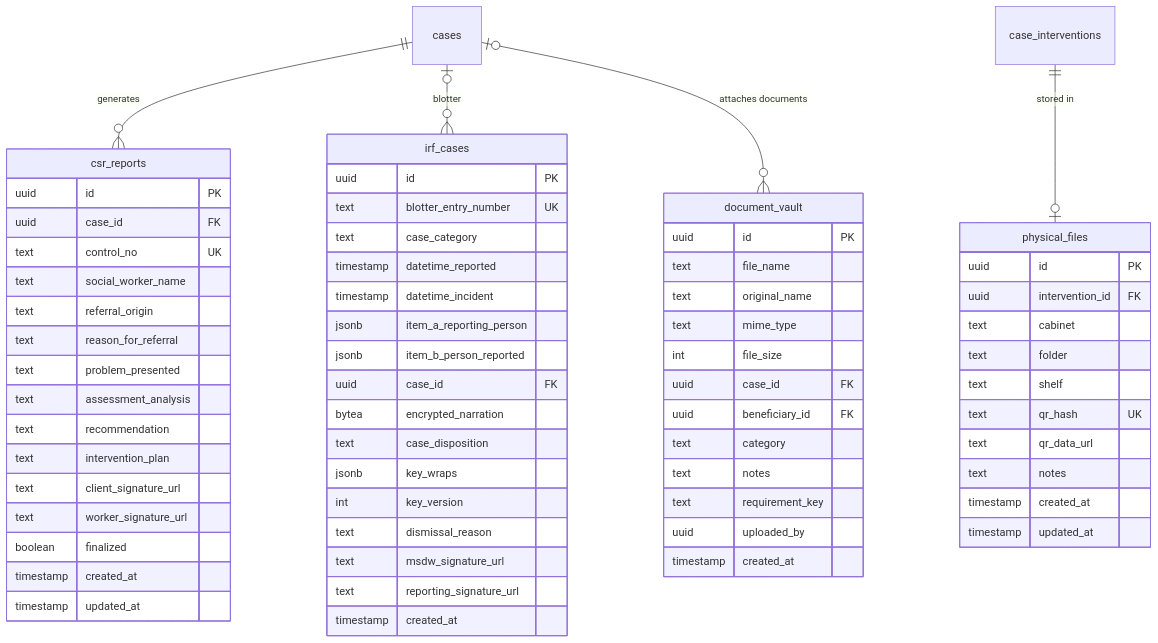
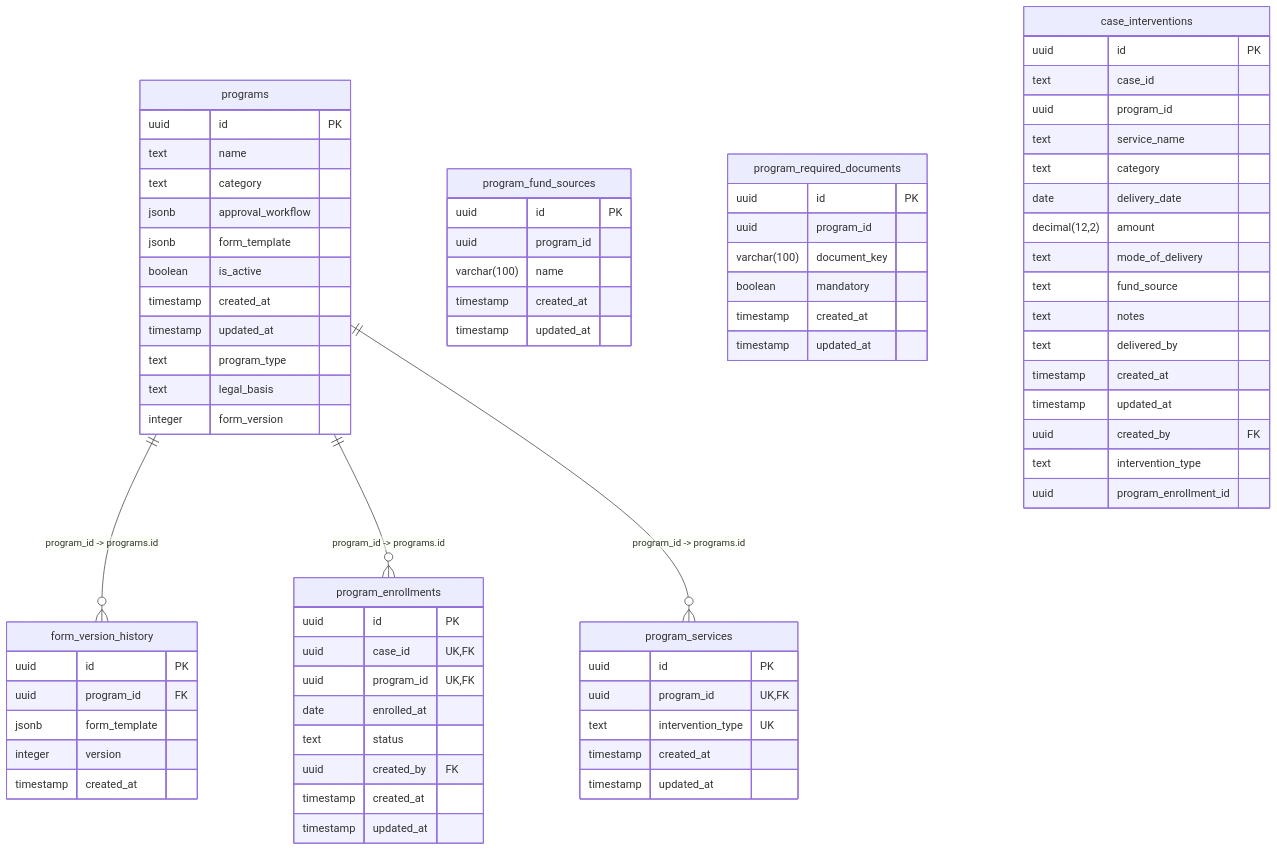
One commit to urlsalimbot/THESIS1-KAPWA changed the fourth of 10 diagrams in docs/diagrams/06-erd.md. Above: the diagram before and after it, drawn with Mermaid. The commit also changed other lines of this file, not shown here.

First line of the commit message:
docs(erd): physical data model in Oracle Data Modeler notation

````diff
--- a/docs/diagrams/06-erd.md
+++ b/docs/diagrams/06-erd.md
@@ -199,68 +964,83 @@
 ```mermaid
 erDiagram
-    csr_reports {
+    "programs" {
         uuid id PK
-        uuid case_id FK
-        text control_no UK
-        text social_worker_name
-        text referral_origin
-        text reason_for_referral
-        text problem_presented
-        text assessment_analysis
-        text recommendation
-        text intervention_plan
-        text client_signature_url
-        text worker_signature_url
-        boolean finalized
+        text name
+        text category
+        jsonb approval_workflow
+        jsonb form_template
+        boolean is_active
+        timestamp created_at
+        timestamp updated_at
+        text program_type
+        text legal_basis
+        integer form_version
+    }
+
+    "program_fund_sources" {
+        uuid id PK
+        uuid program_id
+        varchar(100) name
         timestamp created_at
         timestamp updated_at
     }
-    irf_cases {
+
+    "program_required_documents" {
         uuid id PK
-        text blotter_entry_number UK
-        text case_category
-        timestamp datetime_reported
-        timestamp datetime_incident
-        jsonb item_a_reporting_person
-        jsonb item_b_person_reported
-        uuid case_id FK
-        bytea encrypted_narration
-        text case_disposition
-        jsonb key_wraps
-        int key_version
-        text dismissal_reason
-        text msdw_signature_url
-        text reporting_signature_url
-        timestamp created_at
-    }
-    document_vault {
-        uuid id PK
-        text file_name
-        text original_name
-        text mime_type
-        int file_size
-        uuid case_id FK
-        uuid beneficiary_id FK
-        text category
-        text notes
-        text requirement_key
-        uuid uploaded_by
-        timestamp created_at
-    }
-    physical_files {
-        uuid id PK
-        uuid intervention_id FK
-        text cabinet
-        text folder
-        text shelf
-        text qr_hash UK
-        text qr_data_url
-        text notes
+        uuid program_id
+        varchar(100) document_key
+        boolean mandatory
         timestamp created_at
         timestamp updated_at
     }
-    "cases" ||--o{ csr_reports : "generates"
-    "cases" o|--o{ irf_cases : "blotter"
-    "cases" o|--o{ document_vault : "attaches documents"
-    case_interventions ||--o| physical_files : "stored in"
+
+    "form_version_history" {
+        uuid id PK
+        uuid program_id FK
+        jsonb form_template
+        integer version
+        timestamp created_at
+    }
+
+    "program_enrollments" {
+        uuid id PK
+        uuid case_id UK, FK
+        uuid program_id UK, FK
+        date enrolled_at
+        text status
+        uuid created_by FK
+        timestamp created_at
+        timestamp updated_at
+    }
+
+    "program_services" {
+        uuid id PK
+        uuid program_id UK, FK
+        text intervention_type UK
+        timestamp created_at
+        timestamp updated_at
+    }
+
+    "case_interventions" {
+        uuid id PK
+        text case_id
+        uuid program_id
+        text service_name
+        text category
+        date delivery_date
+        decimal(12,2) amount
+        text mode_of_delivery
+        text fund_source
+        text notes
+        text delivered_by
+        timestamp created_at
+        timestamp updated_at
+        uuid created_by FK
+        text intervention_type
+        uuid program_enrollment_id
+    }
+
+    "programs" ||--o{ "form_version_history" : "program_id -> programs.id"
+    "programs" ||--o{ "program_enrollments" : "program_id -> programs.id"
+    "programs" ||--o{ "program_services" : "program_id -> programs.id"
 ```
````
